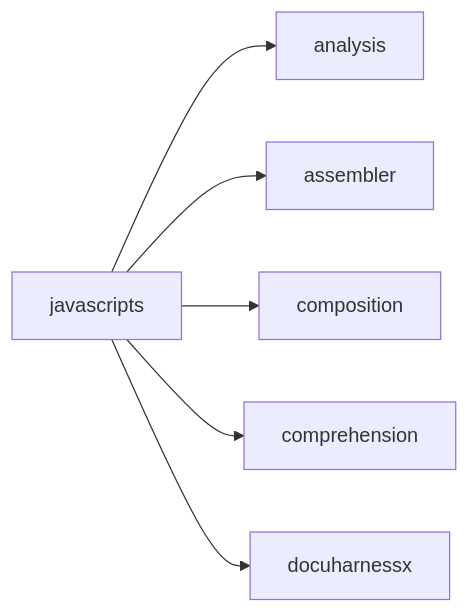
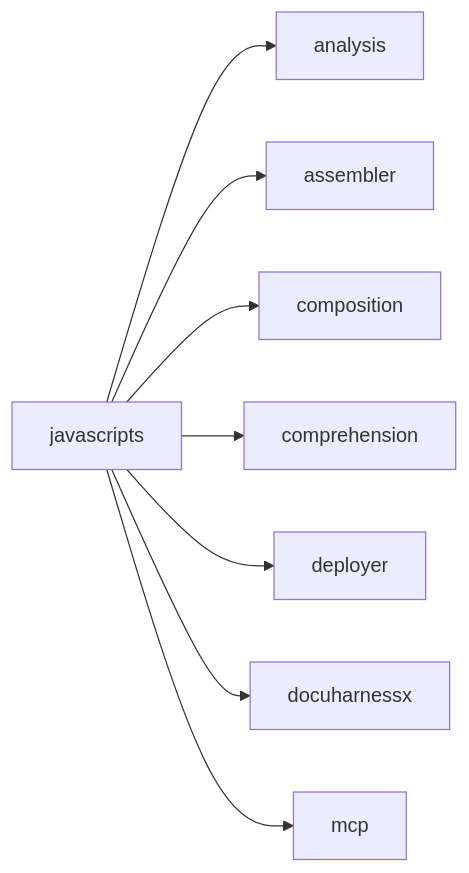
One commit to norandom/DocuHarnessX changed diagram 17 of 30 in docs/glossary.md. Above: the diagram before and after it, drawn with Mermaid. The commit also changed other lines of this file and 12 other files, not shown here.

````diff
--- a/docs/glossary.md
+++ b/docs/glossary.md
@@ -614,14 +619,18 @@
 ```mermaid
 flowchart LR
   here["javascripts"]
   r0["analysis"]
   here --> r0
   r1["assembler"]
   here --> r1
   r2["composition"]
   here --> r2
   r3["comprehension"]
   here --> r3
-  r4["docuharnessx"]
+  r4["deployer"]
   here --> r4
+  r5["docuharnessx"]
+  here --> r5
+  r6["mcp"]
+  here --> r6
 ```
````
